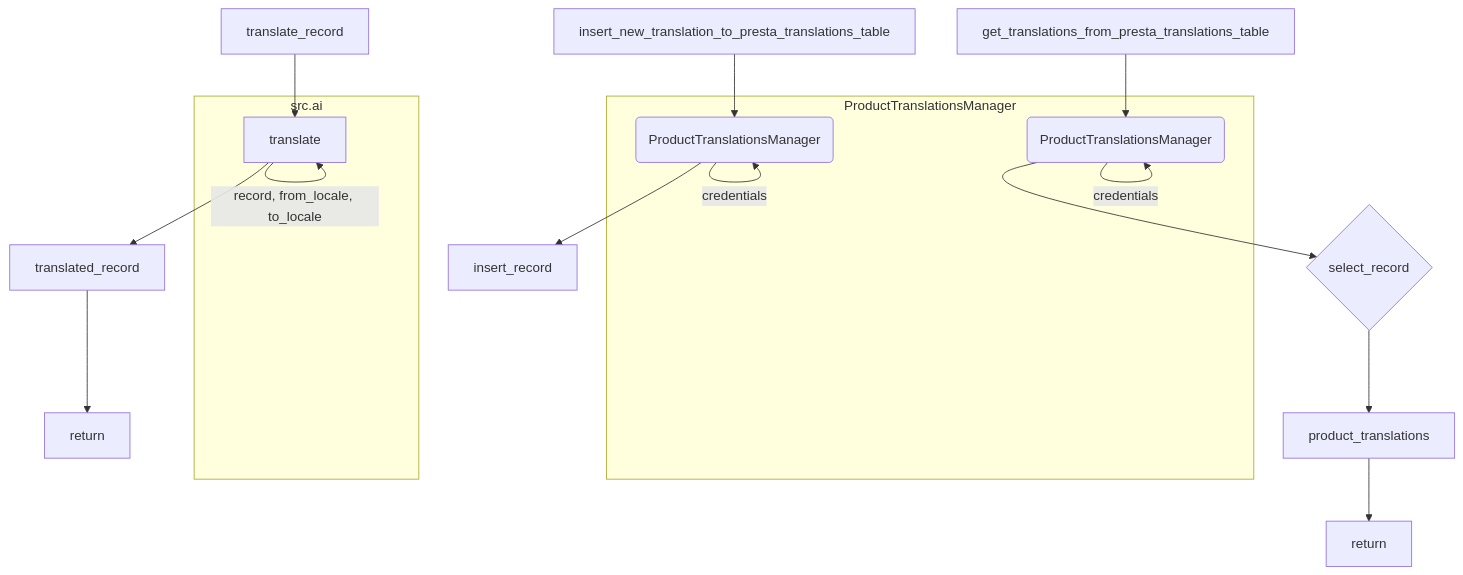
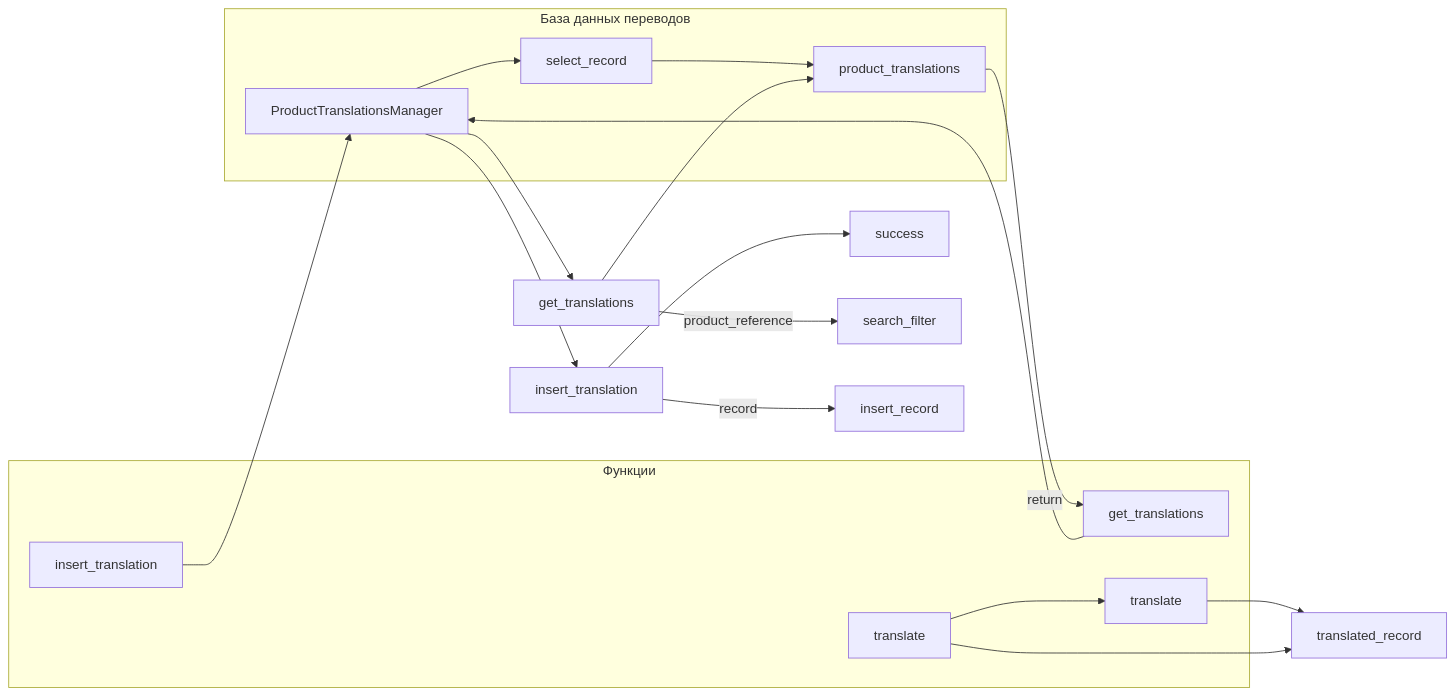
The diagram in docs/gemini/ru/explainer/src/translators/translate_product_fields.md (hypo69/hypo), drawn with Mermaid before and after one commit. The commit also changed other lines of this file and 877 other files, not shown here.

````diff
--- a/docs/gemini/ru/explainer/src/translators/translate_product_fields.md
+++ b/docs/gemini/ru/explainer/src/translators/translate_product_fields.md
@@ -126,25 +138,23 @@
 ```mermaid
-graph TD
-    A[get_translations_from_presta_translations_table] --> B(ProductTranslationsManager);
-    B --> C{select_record};
-    C --> D[product_translations];
-    D --> E[return];
-    
-    F[insert_new_translation_to_presta_translations_table] --> G(ProductTranslationsManager);
-    G --> H[insert_record];
-    
-    I[translate_record] --> J[translate];
-    J --> K[translated_record];
-    K --> L[return];
-
-    subgraph ProductTranslationsManager
-        B -- credentials --> B
-        G -- credentials --> G
+graph LR
+    subgraph База данных переводов
+        ProductTranslationsManager --> select_record
+        select_record --> product_translations
     end
-    
-    subgraph src.ai
-        J -- record, from_locale, to_locale --> J
+    subgraph Функции
+        get_translations_from_presta_translations_table[get_translations] --> ProductTranslationsManager
+        insert_new_translation_to_presta_translations_table[insert_translation] --> ProductTranslationsManager
+        translate_record[translate] --> translate
     end
+    ProductTranslationsManager --> get_translations
+    ProductTranslationsManager --> insert_translation
+    translate --> translated_record
+    get_translations --> product_translations
+    insert_translation --> success
+    translate_record --> translated_record
+    get_translations -- product_reference --> search_filter
+    product_translations -- return -->  get_translations_from_presta_translations_table
+    insert_translation -- record --> insert_record
 
 
 ```
````
